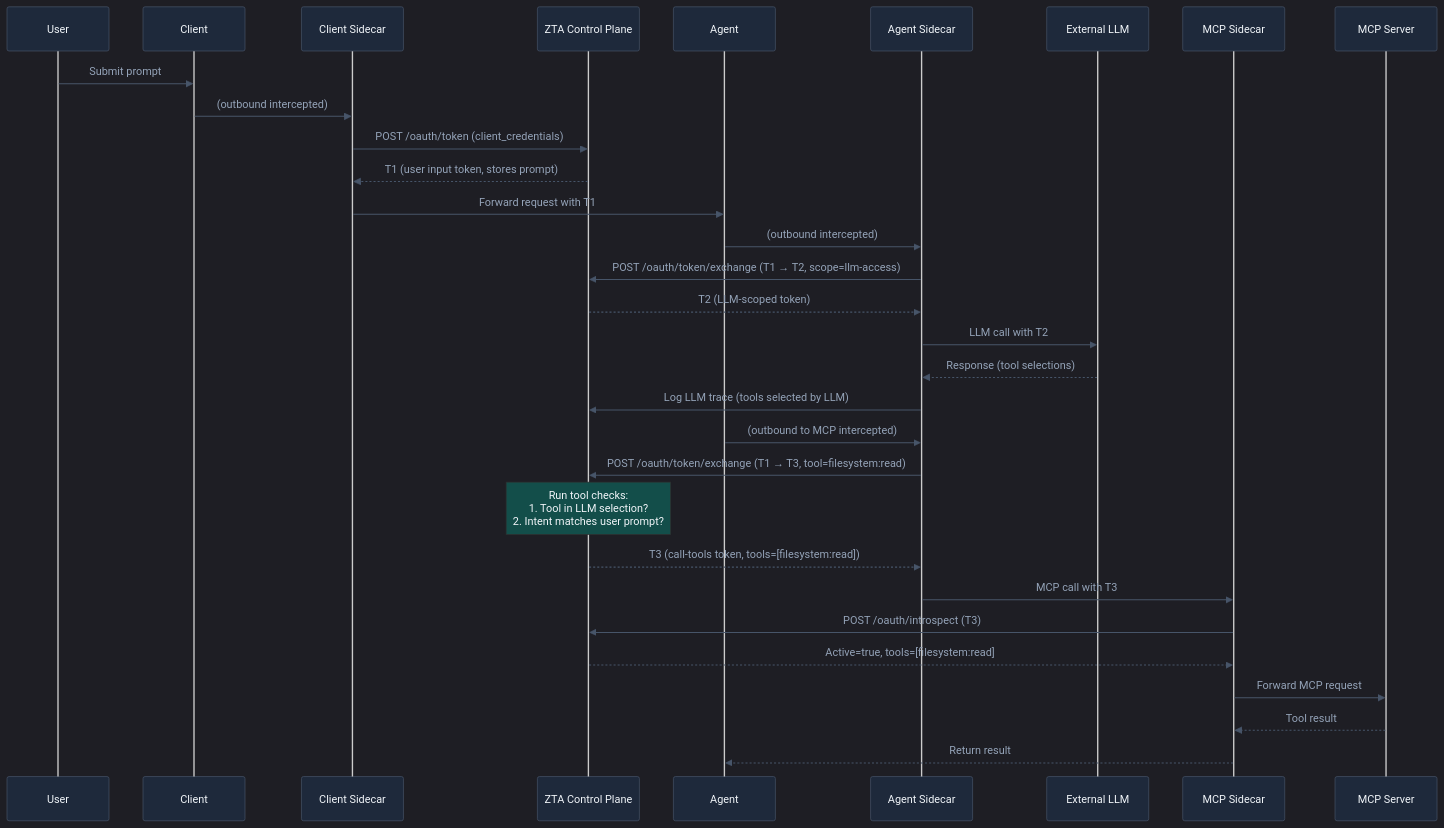
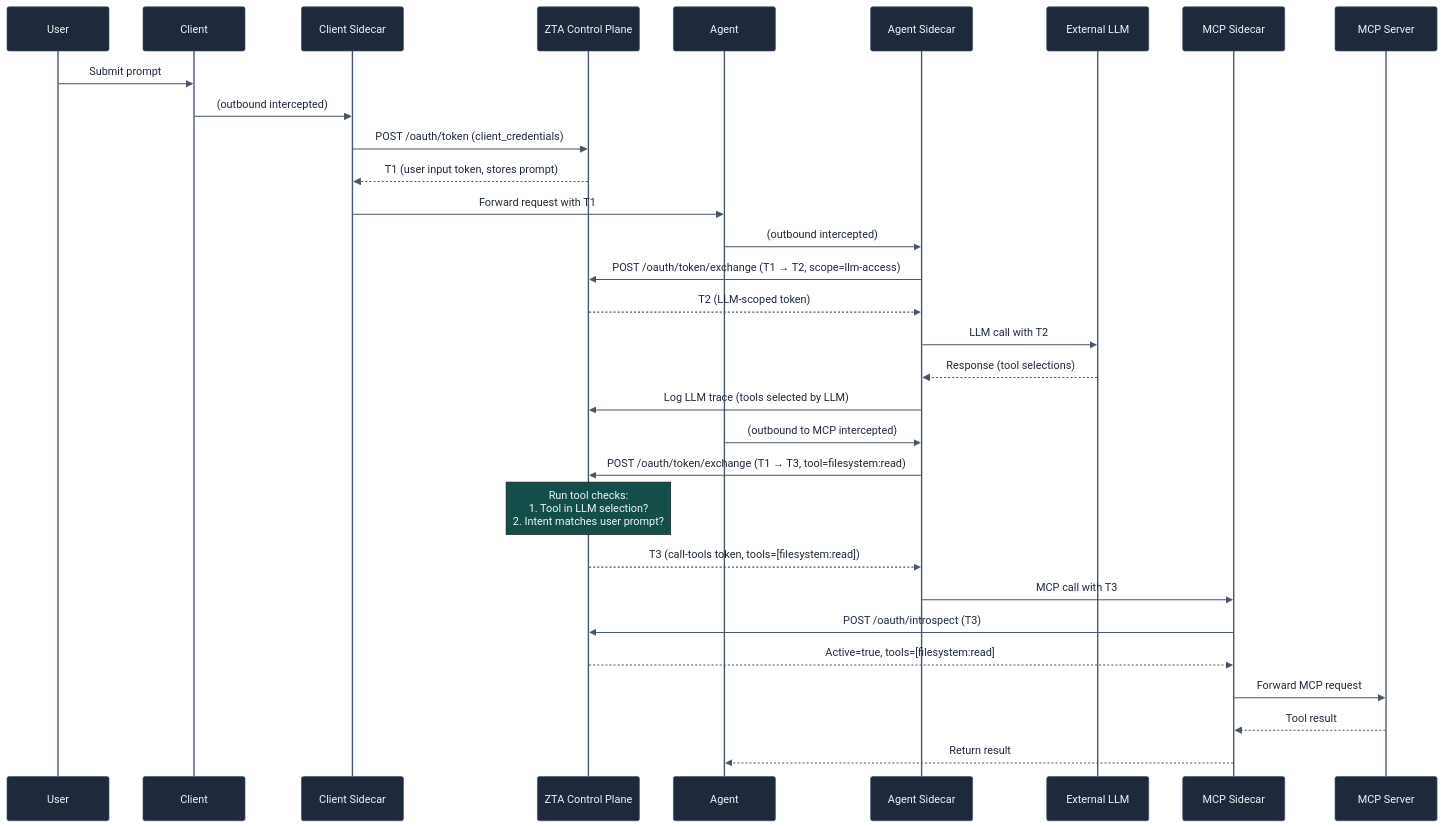
The diagram in docs/ui/docs/concepts/token-flow.md (outshift-open/CASA), drawn with Mermaid before and after one commit. The commit also changed 6 other files, not shown here.

````diff
--- a/docs/ui/docs/concepts/token-flow.md
+++ b/docs/ui/docs/concepts/token-flow.md
@@ -23,38 +23,38 @@
 ```mermaid
-%%{init: {'theme': 'dark', 'themeVariables': {'background': '#0f172a', 'actorBkg': '#1e293b', 'actorBorder': '#475569', 'actorTextColor': '#f1f5f9', 'noteBkgColor': '#134e4a', 'noteTextColor': '#f1f5f9', 'activationBkgColor': '#1a2e05', 'activationBorderColor': '#84cc16', 'signalColor': '#475569', 'signalTextColor': '#94a3b8'}}}%%
+%%{init: {'theme': 'base', 'themeVariables': {'background': '#f0fdf4', 'actorBkg': '#1e293b', 'actorBorder': '#475569', 'actorTextColor': '#f1f5f9', 'noteBkgColor': '#134e4a', 'noteTextColor': '#f1f5f9', 'activationBkgColor': '#1a2e05', 'activationBorderColor': '#84cc16', 'signalColor': '#475569', 'signalTextColor': '#1e293b'}}}%%
 sequenceDiagram
     participant User
     participant Client
     participant ClientSidecar as Client Sidecar
     participant ZTA as ZTA Control Plane
     participant Agent
     participant AgentSidecar as Agent Sidecar
     participant LLM as External LLM
     participant MCPSidecar as MCP Sidecar
     participant MCP as MCP Server
 
     User->>Client: Submit prompt
     Client->>ClientSidecar: (outbound intercepted)
     ClientSidecar->>ZTA: POST /oauth/token (client_credentials)
     ZTA-->>ClientSidecar: T1 (user input token, stores prompt)
     ClientSidecar->>Agent: Forward request with T1
 
     Agent->>AgentSidecar: (outbound intercepted)
     AgentSidecar->>ZTA: POST /oauth/token/exchange (T1 → T2, scope=llm-access)
     ZTA-->>AgentSidecar: T2 (LLM-scoped token)
     AgentSidecar->>LLM: LLM call with T2
     LLM-->>AgentSidecar: Response (tool selections)
     AgentSidecar->>ZTA: Log LLM trace (tools selected by LLM)
 
     Agent->>AgentSidecar: (outbound to MCP intercepted)
     AgentSidecar->>ZTA: POST /oauth/token/exchange (T1 → T3, tool=filesystem:read)
     Note over ZTA: Run tool checks:<br/>1. Tool in LLM selection?<br/>2. Intent matches user prompt?
     ZTA-->>AgentSidecar: T3 (call-tools token, tools=[filesystem:read])
 
     AgentSidecar->>MCPSidecar: MCP call with T3
     MCPSidecar->>ZTA: POST /oauth/introspect (T3)
     ZTA-->>MCPSidecar: Active=true, tools=[filesystem:read]
     MCPSidecar->>MCP: Forward MCP request
     MCP-->>MCPSidecar: Tool result
     MCPSidecar-->>Agent: Return result
 ```
````
